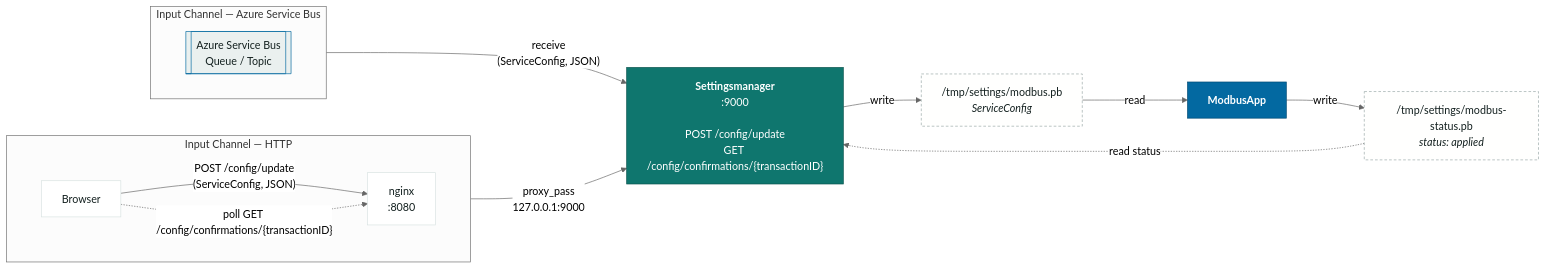
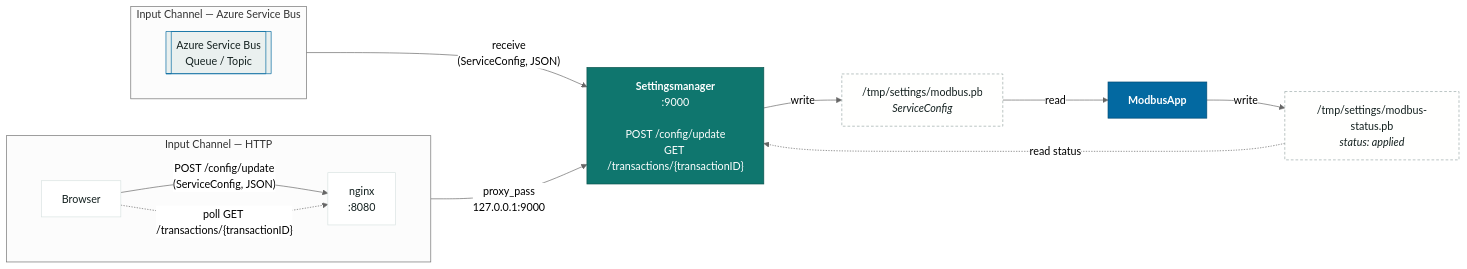
The diagram in docs/component-diagram.mmd (rwirdemann/settingsmanager-ngnix), drawn with Mermaid before and after one commit. The commit also changed 5 other files, not shown here.

```diff
--- a/docs/component-diagram.mmd
+++ b/docs/component-diagram.mmd
@@ -1,40 +1,40 @@
 %%{init: {'theme': 'neutral', 'flowchart': {'curve': 'basis', 'nodeSpacing': 55, 'rankSpacing': 80}} }%%
 flowchart LR
     subgraph http["Input Channel — HTTP"]
         direction LR
         B["Browser"]
         N["nginx<br/>:8080"]
         B -- "POST /config/update<br/>(ServiceConfig, JSON)" --> N
-        B -. "poll GET /config/confirmations/{transactionID}" .-> N
+        B -. "poll GET /transactions/{transactionID}" .-> N
     end
 
     subgraph asb["Input Channel — Azure Service Bus"]
         direction LR
         Q[["Azure Service Bus<br/>Queue / Topic"]]
     end
 
-    SM["<b>Settingsmanager</b><br/>:9000<br/>&nbsp;<br/>POST /config/update<br/>GET /config/confirmations/{transactionID}"]
+    SM["<b>Settingsmanager</b><br/>:9000<br/>&nbsp;<br/>POST /config/update<br/>GET /transactions/{transactionID}"]
 
     F1["/tmp/settings/modbus.pb<br/><i>ServiceConfig</i>"]
     F2["/tmp/settings/modbus-status.pb<br/><i>status: applied</i>"]
 
     MA["<b>ModbusApp</b>"]
 
     N -- "proxy_pass<br/>127.0.0.1:9000" --> SM
     Q -- "receive<br/>(ServiceConfig, JSON)" --> SM
 
     SM -- "write" --> F1
     F1 -- "read" --> MA
     MA -- "write" --> F2
     F2 -. "read status" .-> SM
 
     classDef svc fill:#0f766e,stroke:#0b544e,color:#ffffff,stroke-width:1px
     classDef app fill:#0369a1,stroke:#024b74,color:#ffffff,stroke-width:1px
     classDef edge fill:#ffffff,stroke:#d8e2e1,color:#142120
     classDef broker fill:#eaf0ef,stroke:#0369a1,color:#142120
     classDef file fill:#fffffe,stroke:#9aa8a7,color:#142120,stroke-dasharray:4 3
     class SM svc
     class MA app
     class B,N edge
     class Q broker
     class F1,F2 file
```
